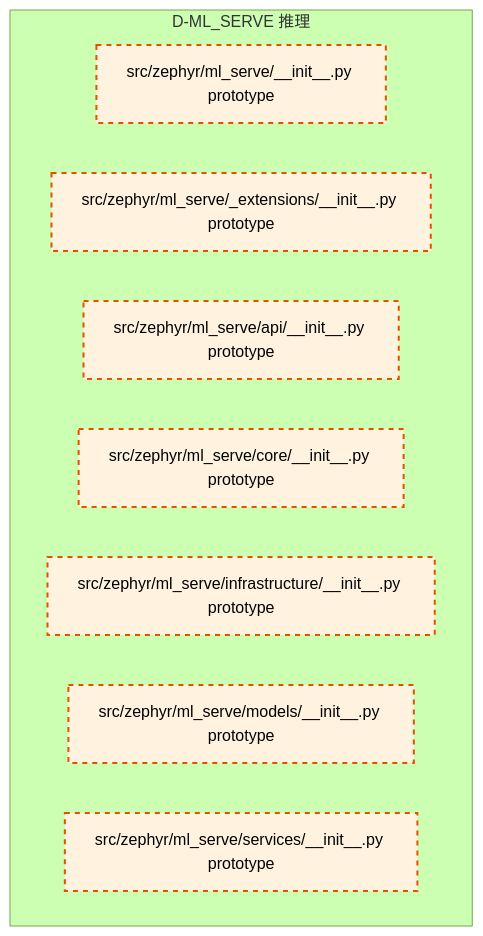
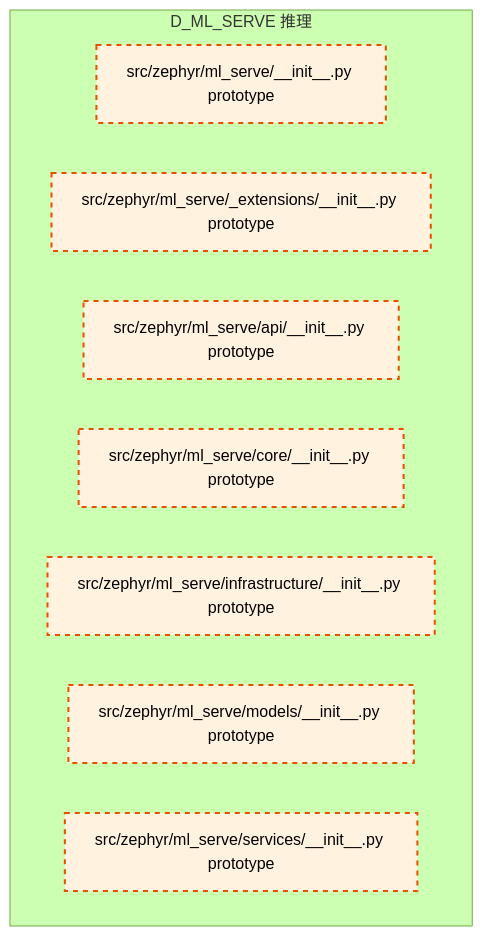
The diagram in docs/02_enterprise_architecture/02_domain_architecture_docs/42_d_ml_serve.md (xuanFelixVan/ZephyrAlpha), drawn with Mermaid (forest theme) before and after one commit. The commit also changed other lines of this file and 106 other files, not shown here.

````diff
--- a/docs/02_enterprise_architecture/02_domain_architecture_docs/42_d_ml_serve.md
+++ b/docs/02_enterprise_architecture/02_domain_architecture_docs/42_d_ml_serve.md
@@ -47,17 +47,17 @@
 ```mermaid
 graph TD
-    subgraph D_ML_SERVE["D-ML_SERVE 推理"]
+    subgraph D_ML_SERVE["D_ML_SERVE 推理"]
         src_zephyr_ml_serve_init_py["src/zephyr/ml_serve/__init__.py prototype"]
         src_zephyr_ml_serve_extensions_init_py["src/zephyr/ml_serve/_extensions/__init__.py prototype"]
         src_zephyr_ml_serve_api_init_py["src/zephyr/ml_serve/api/__init__.py prototype"]
         src_zephyr_ml_serve_core_init_py["src/zephyr/ml_serve/core/__init__.py prototype"]
         src_zephyr_ml_serve_infrastructure_init_py["src/zephyr/ml_serve/infrastructure/__init__.py prototype"]
         src_zephyr_ml_serve_models_init_py["src/zephyr/ml_serve/models/__init__.py prototype"]
         src_zephyr_ml_serve_services_init_py["src/zephyr/ml_serve/services/__init__.py prototype"]
     end
     classDef production fill:#e1f5fe,stroke:#01579b,stroke-width:2px,color:#000
     classDef design fill:#fff3e0,stroke:#e65100,stroke-width:2px,color:#000,stroke-dasharray: 5 5
     classDef external_prod fill:#e8f5e9,stroke:#1b5e20,stroke-width:1px,color:#000
     classDef external_design fill:#fce4ec,stroke:#880e4f,stroke-width:1px,color:#000,stroke-dasharray: 5 5
     class src_zephyr_ml_serve_init_py,src_zephyr_ml_serve_extensions_init_py,src_zephyr_ml_serve_api_init_py,src_zephyr_ml_serve_core_init_py,src_zephyr_ml_serve_infrastructure_init_py,src_zephyr_ml_serve_models_init_py,src_zephyr_ml_serve_services_init_py design
 ```
````
